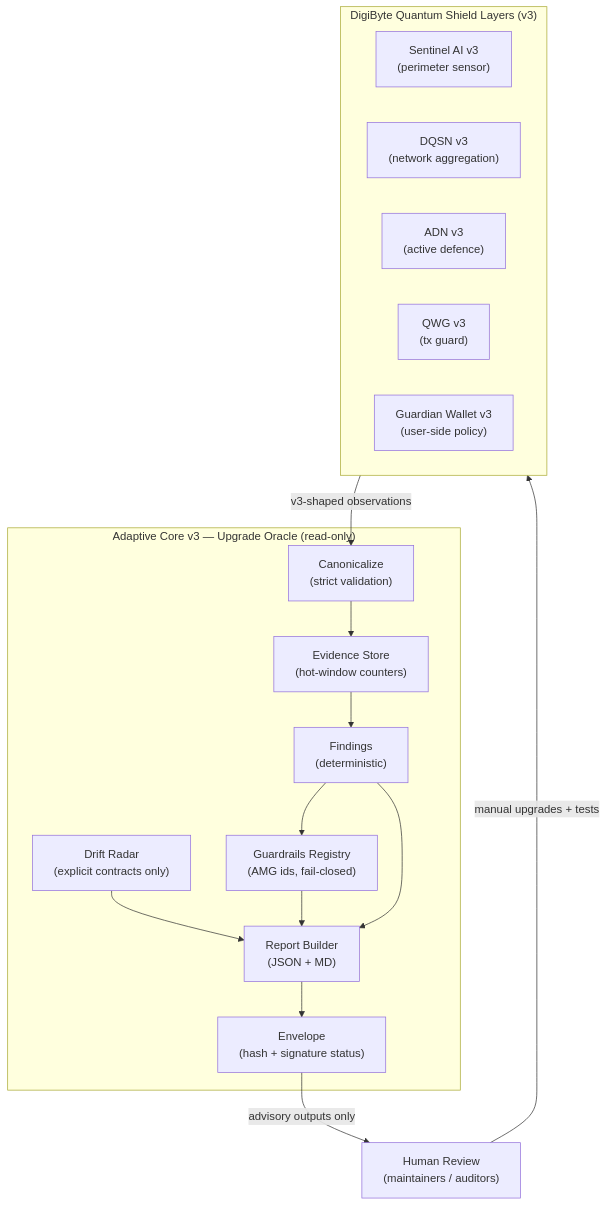
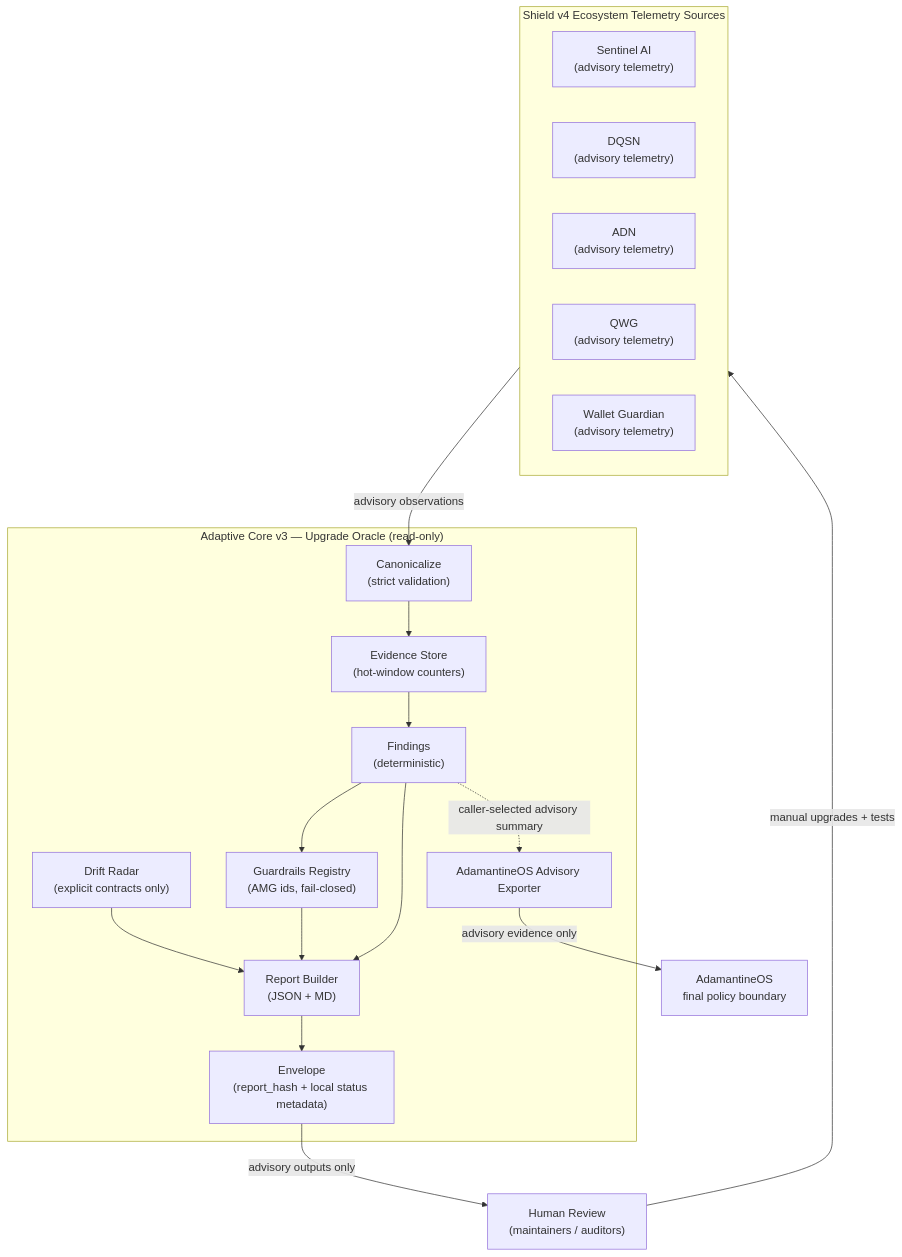
The first of 4 diagrams in docs/reports/v3/ADAPTIVE_CORE_V3_DIAGRAMS.md (DarekDGB/DigiByte-Adaptive-Core), drawn with Mermaid before and after one commit. The commit also changed other lines of this file, not shown here.

Commit message:
Revise Adaptive Core v3 diagrams and references
Updated the diagram and references in the Adaptive Core documentation to reflect changes in the Shield Layers and advisory telemetry.

````diff
--- a/docs/reports/v3/ADAPTIVE_CORE_V3_DIAGRAMS.md
+++ b/docs/reports/v3/ADAPTIVE_CORE_V3_DIAGRAMS.md
@@ -14,32 +14,35 @@
 ```mermaid
 flowchart TB
-  subgraph Shield_Layers["DigiByte Quantum Shield Layers (v3)"]
-    S["Sentinel AI v3\n(perimeter sensor)"]
-    N["DQSN v3\n(network aggregation)"]
-    A["ADN v3\n(active defence)"]
-    Q["QWG v3\n(tx guard)"]
-    G["Guardian Wallet v3\n(user-side policy)"]
+  subgraph Shield_Layers["Shield v4 Ecosystem Telemetry Sources"]
+    S["Sentinel AI\n(advisory telemetry)"]
+    N["DQSN\n(advisory telemetry)"]
+    A["ADN\n(advisory telemetry)"]
+    Q["QWG\n(advisory telemetry)"]
+    G["Wallet Guardian\n(advisory telemetry)"]
   end
 
   subgraph AC3["Adaptive Core v3 — Upgrade Oracle (read-only)"]
     C["Canonicalize\n(strict validation)"]
     E["Evidence Store\n(hot-window counters)"]
     F["Findings\n(deterministic)"]
     D["Drift Radar\n(explicit contracts only)"]
     R["Report Builder\n(JSON + MD)"]
     V["Guardrails Registry\n(AMG ids, fail-closed)"]
-    H["Envelope\n(hash + signature status)"]
+    H["Envelope\n(report_hash + local status metadata)"]
+    X["AdamantineOS Advisory Exporter"]
   end
 
-  Shield_Layers -->|v3-shaped observations| C
+  Shield_Layers -->|advisory observations| C
   C --> E
   E --> F
   F --> V
   D --> R
   V --> R
   F --> R
   R --> H
+  F -.->|caller-selected advisory summary| X
 
   H -->|advisory outputs only| Humans["Human Review\n(maintainers / auditors)"]
+  X -->|advisory evidence only| AOS["AdamantineOS\nfinal policy boundary"]
   Humans -->|manual upgrades + tests| Shield_Layers
 ```
````
